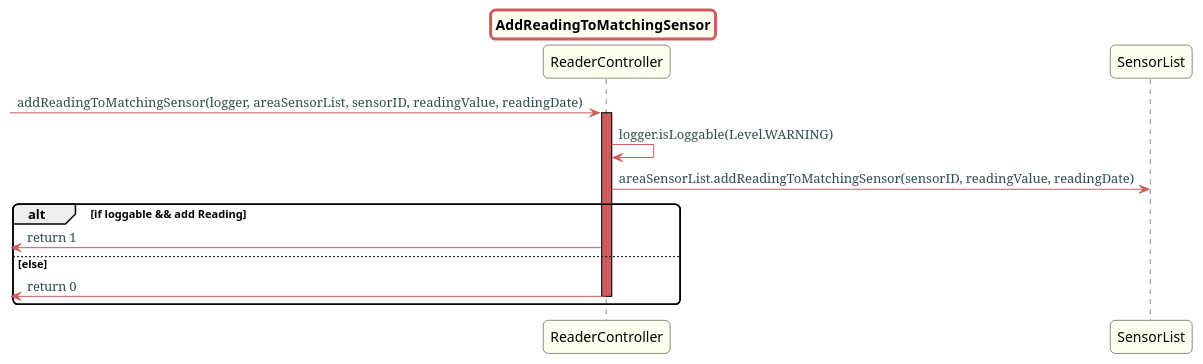
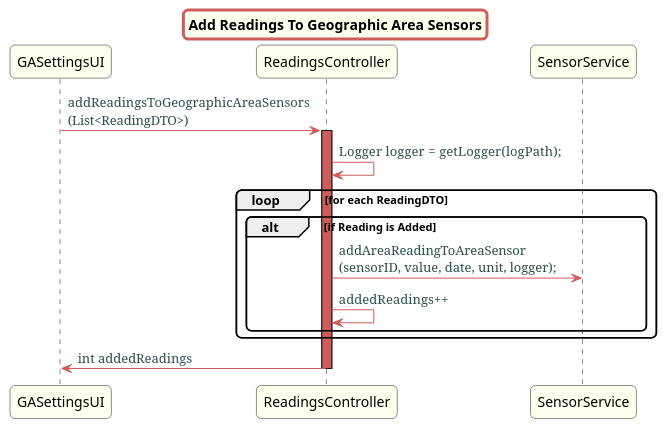
The diagram in src/doc/Controllers/HouseConfiguration/US20v2/AddReadingToMatchingSensor.puml (Almadanmp/project), drawn with PlantUML before and after one commit. The commit also changed 19 other files, not shown here.

```diff
--- a/src/doc/Controllers/HouseConfiguration/US20v2/AddReadingToMatchingSensor.puml
+++ b/src/doc/Controllers/HouseConfiguration/US20v2/AddReadingToMatchingSensor.puml
@@ -1,44 +1,46 @@
 @startuml
 
 skinparam titleBorderRoundCorner 10
 skinparam titleBorderThickness 3
 skinparam titleBorderColor indianred
 skinparam titleBackgroundColor ivory
 skinparam FontName quicksand
 
 skinparam actor {
- 	BorderColor indianred
- 	}
+  BorderColor indianred
+  }
 
- skinparam sequence {
- 	LifeLineBackgroundColor indianred
- 	ParticipantBackgroundColor ivory
- }
+skinparam sequence {
+  LifeLineBackgroundColor indianred
+  ParticipantBackgroundColor ivory
+}
 
- skinparam roundcorner 10
+skinparam roundcorner 10
 
- skinparam component {
-   arrowThickness 1
-   ArrowFontName Verdana
-   ArrowColor indianred
-   ArrowFontColor darkslategrey
- }
+skinparam component {
+  arrowThickness 1
+  ArrowFontName Verdana
+  ArrowColor indianred
+  ArrowFontColor darkslategrey
+}
+
+title Add Readings To Geographic Area Sensors
+GASettingsUI -> ReadingsController: addReadingsToGeographicAreaSensors\n(List<ReadingDTO>)
+activate ReadingsController
+ReadingsController -> ReadingsController: Logger logger = getLogger(logPath);
 
 
-title AddReadingToMatchingSensor
--> ReaderController: addReadingToMatchingSensor(logger, areaSensorList, sensorID, readingValue, readingDate)
-activate ReaderController
+loop for each ReadingDTO
+alt if Reading is Added
+ReadingsController -> SensorService: addAreaReadingToAreaSensor\n(sensorID, value, date, unit, logger);
 
-ReaderController -> ReaderController: logger.isLoggable(Level.WARNING)
-ReaderController -> SensorList: areaSensorList.addReadingToMatchingSensor(sensorID, readingValue, readingDate)
+ReadingsController -> ReadingsController: addedReadings++
 
-alt if loggable && add Reading
-
-<- ReaderController: return 1
-
-else else
-<- ReaderController: return 0
-deactivate ReaderController
 end
 
+end
+
+ReadingsController -> GASettingsUI: int addedReadings
+deactivate ReadingsController
+
 @enduml
```
